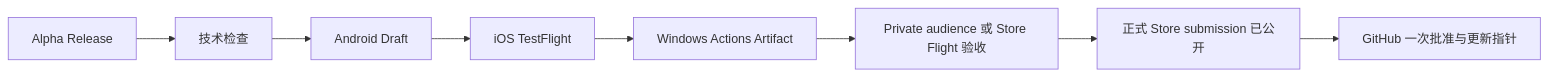
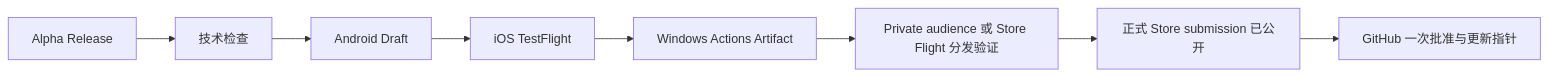
One commit to zhangheng2022/meet_trace changed the diagram in docs/project/GitHub_版本发布流程.md. Above: the diagram before and after it, drawn with Mermaid. The commit also changed other lines of this file and 15 other files, not shown here.

````diff
--- a/docs/project/GitHub_版本发布流程.md
+++ b/docs/project/GitHub_版本发布流程.md
@@ -20,10 +20,10 @@
 ```mermaid
 flowchart LR
   A[Alpha Release] --> B[技术检查]
   B --> C[Android Draft]
   C --> D[iOS TestFlight]
   D --> E[Windows Actions Artifact]
-  E --> F[Private audience 或 Store Flight 验收]
+  E --> F[Private audience 或 Store Flight 分发验证]
   F --> G[正式 Store submission 已公开]
   G --> H[GitHub 一次批准与更新指针]
 ```
````
